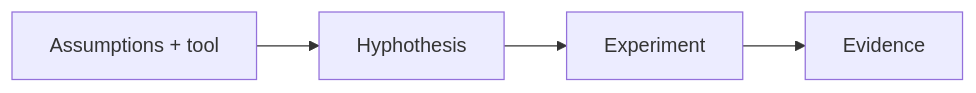
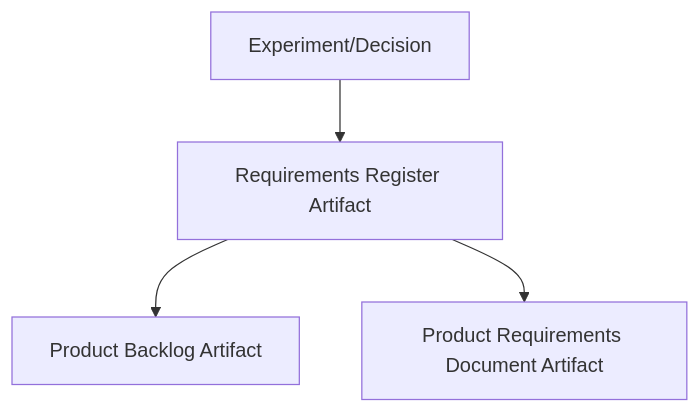
Before and after one commit to DevOn90/test-doc-flow: the third of 3 diagrams in docs/project-governance/product-discovery/product-discovery-guide-simple.md, drawn with Mermaid. The commit also changed other lines of this file and 1 other file, not shown here.

Commit message:
documentation: Create comprehensive Discovery Technique Guide and update Product Discovery Guide for clarity and structure

````diff
--- a/docs/project-governance/product-discovery/product-discovery-guide-simple.md
+++ b/docs/project-governance/product-discovery/product-discovery-guide-simple.md
@@ -189,6 +221,7 @@
 ```mermaid
-flowchart LR
-    A[Assumptions + tool] --> B[Hyphothesis]
-    B --> C[Experiment]
-    C --> D[Evidence]
+flowchart TB
+    A[Experiment/Decision] --> B
+    B[Requirements Register Artifact] --> C
+    C[Product Backlog Artifact]
+    B --> E[Product Requirements Document Artifact]
 ```
````
